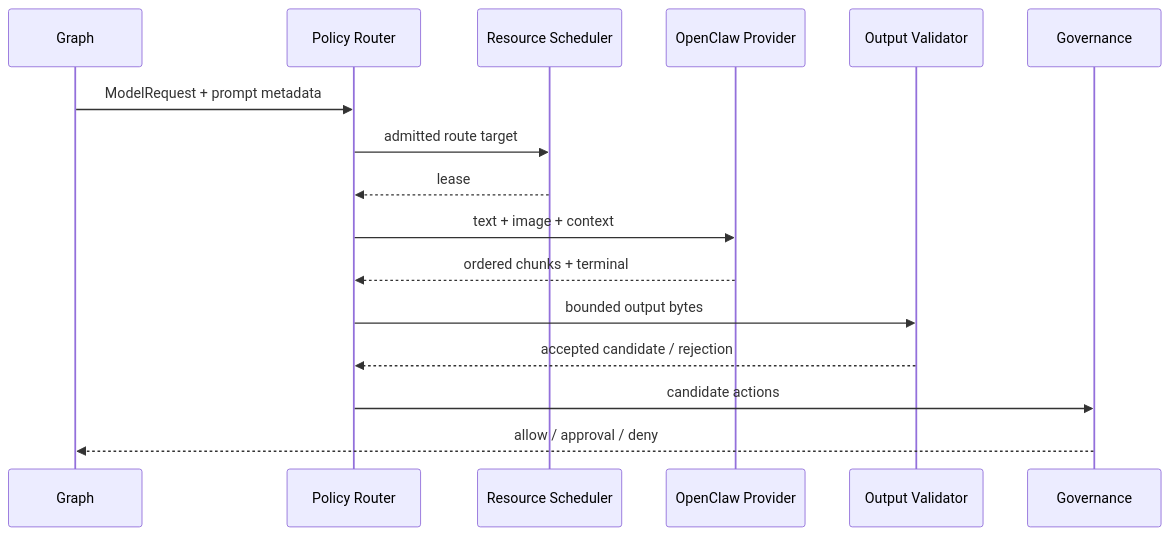
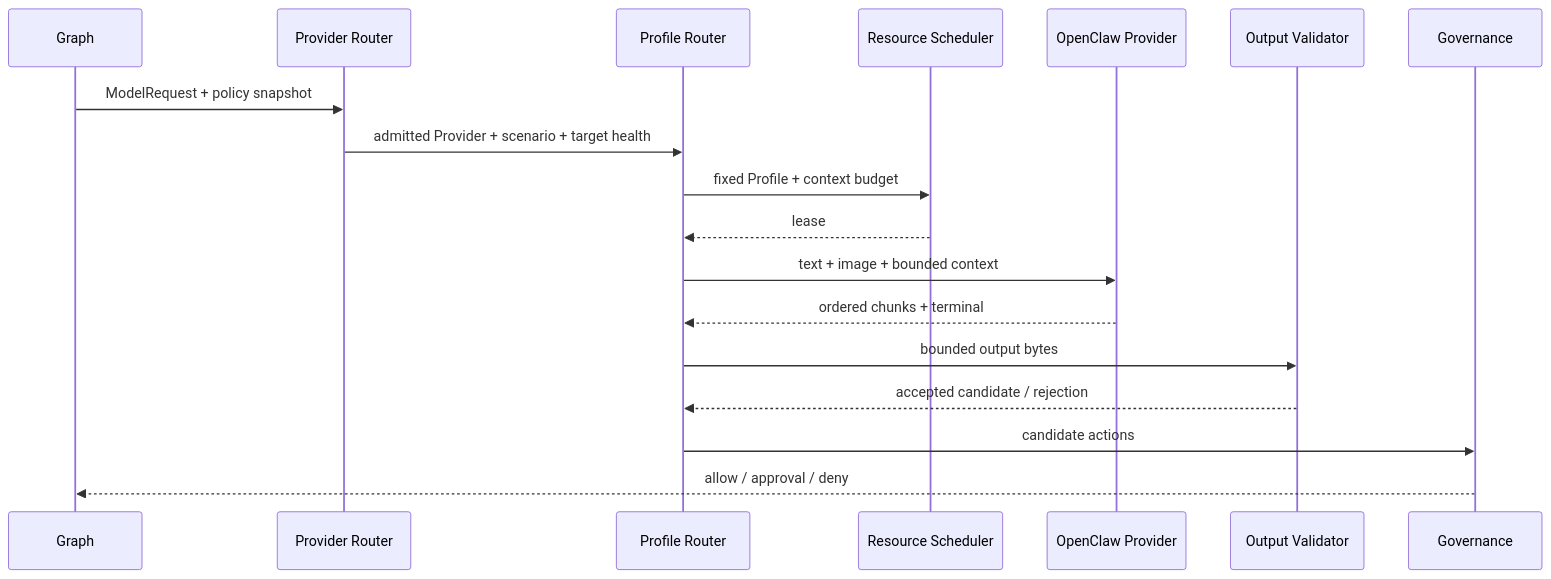
One commit to LucasWEIchen/CougarOS changed the diagram in docs/modules/11-model-scheduler-openclaw.md. Above: the diagram before and after it, drawn with Mermaid. The commit also changed other lines of this file and 28 other files, not shown here.

````diff
--- a/docs/modules/11-model-scheduler-openclaw.md
+++ b/docs/modules/11-model-scheduler-openclaw.md
@@ -152,18 +170,20 @@
 ```mermaid
 sequenceDiagram
     participant G as Graph
-    participant R as Policy Router
+    participant P1 as Provider Router
+    participant P2 as Profile Router
     participant S as Resource Scheduler
     participant P as OpenClaw Provider
     participant V as Output Validator
     participant A as Governance
-    G->>R: ModelRequest + prompt metadata
-    R->>S: admitted route target
-    S-->>R: lease
-    R->>P: text + image + context
-    P-->>R: ordered chunks + terminal
-    R->>V: bounded output bytes
-    V-->>R: accepted candidate / rejection
-    R->>A: candidate actions
+    G->>P1: ModelRequest + policy snapshot
+    P1->>P2: admitted Provider + scenario + target health
+    P2->>S: fixed Profile + context budget
+    S-->>P2: lease
+    P2->>P: text + image + bounded context
+    P-->>P2: ordered chunks + terminal
+    P2->>V: bounded output bytes
+    V-->>P2: accepted candidate / rejection
+    P2->>A: candidate actions
     A-->>G: allow / approval / deny
 ```
````
